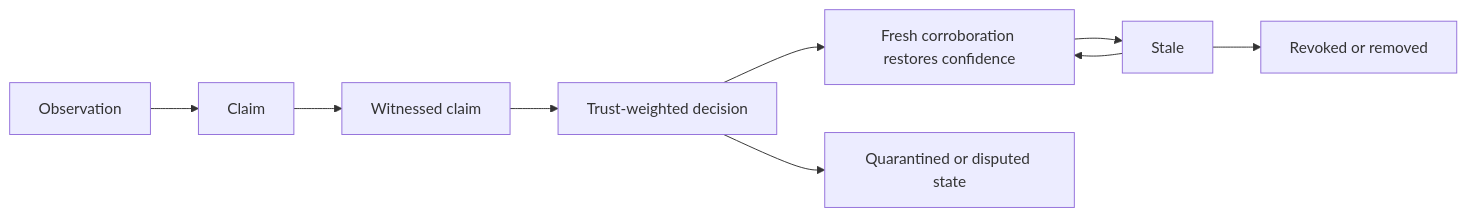
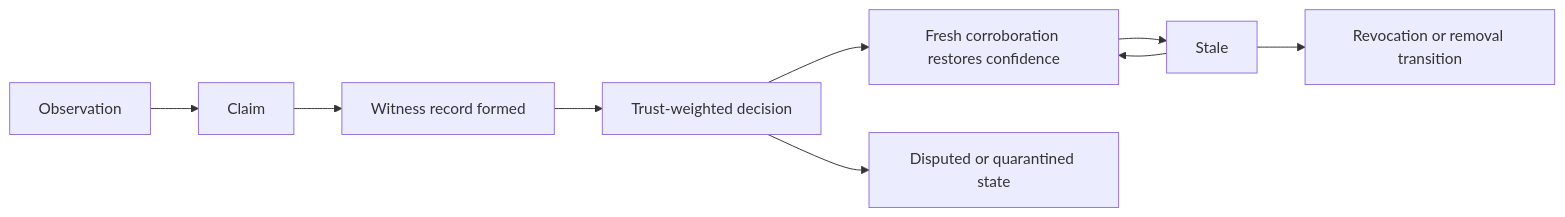
One commit to henry-filgueiras/schedspec changed the second of 7 diagrams in docs/DIAGRAMS.md. Above: the diagram before and after it, drawn with Mermaid. The commit also changed other lines of this file and 10 other files, not shown here.

````diff
--- a/docs/DIAGRAMS.md
+++ b/docs/DIAGRAMS.md
@@ -52,11 +52,11 @@
 ```mermaid
 flowchart LR
     O["Observation"] --> C["Claim"]
-    C --> W["Witnessed claim"]
+    C --> W["Witness record formed"]
     W --> D["Trust-weighted decision"]
-    D --> A["Accepted fact in scope"]
-    D --> Q["Quarantined or disputed state"]
+    D --> A["Accepted belief state in scope"]
+    D --> Q["Disputed or quarantined state"]
     A --> S["Stale"]
     S --> A["Fresh corroboration restores confidence"]
-    S --> R["Revoked or removed"]
+    S --> R["Revocation or removal transition"]
 ```
````
